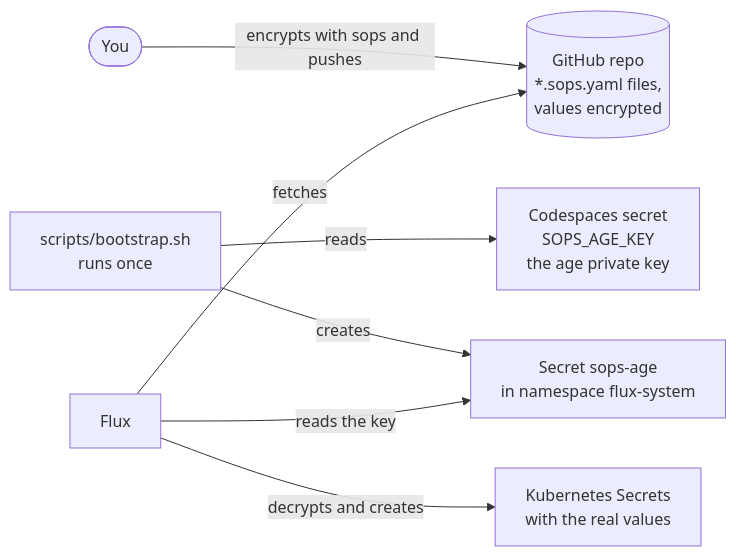
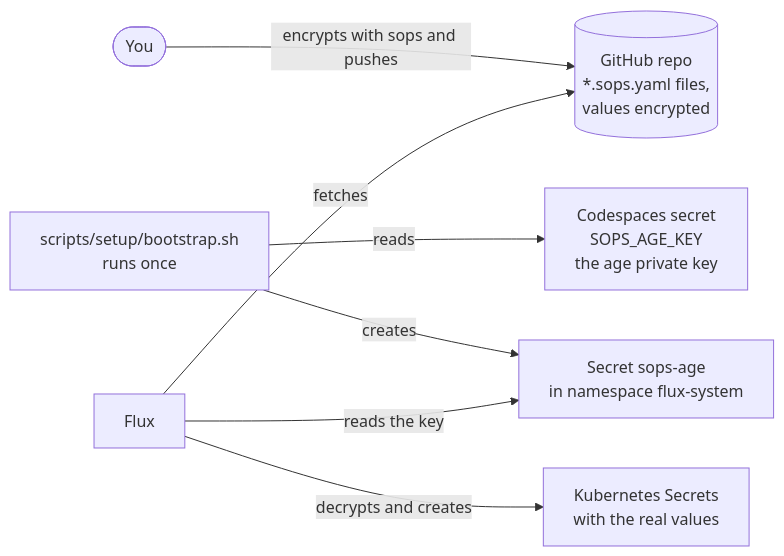
Before and after one commit to arsalanahmedzia/openbao-platform: the second of 4 diagrams in docs/architecture.md, drawn with Mermaid. The commit also changed other lines of this file and 19 other files, not shown here.

Commit message:
scripts: move setup and one-time generator scripts into scripts/setup/

````diff
--- a/docs/architecture.md
+++ b/docs/architecture.md
@@ -105,17 +105,17 @@
 ```mermaid
 flowchart LR
   you([You])
   git[(GitHub repo<br/>*.sops.yaml files,<br/>values encrypted)]
   key[Codespaces secret<br/>SOPS_AGE_KEY<br/>the age private key]
-  boot[scripts/bootstrap.sh<br/>runs once]
+  boot[scripts/setup/bootstrap.sh<br/>runs once]
   agesec[Secret sops-age<br/>in namespace flux-system]
   flux[Flux]
   out[Kubernetes Secrets<br/>with the real values]
 
   you -->|"encrypts with sops and pushes"| git
   boot -->|"reads"| key
   boot -->|"creates"| agesec
   flux -->|"fetches"| git
   flux -->|"reads the key"| agesec
   flux -->|"decrypts and creates"| out
 ```
````
